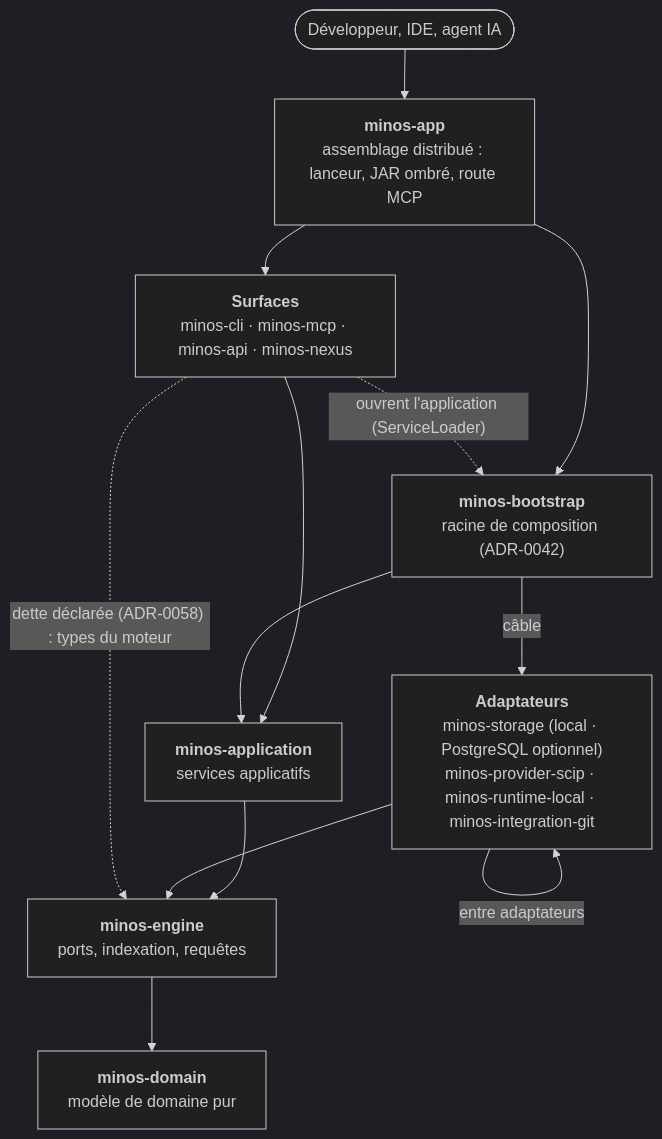
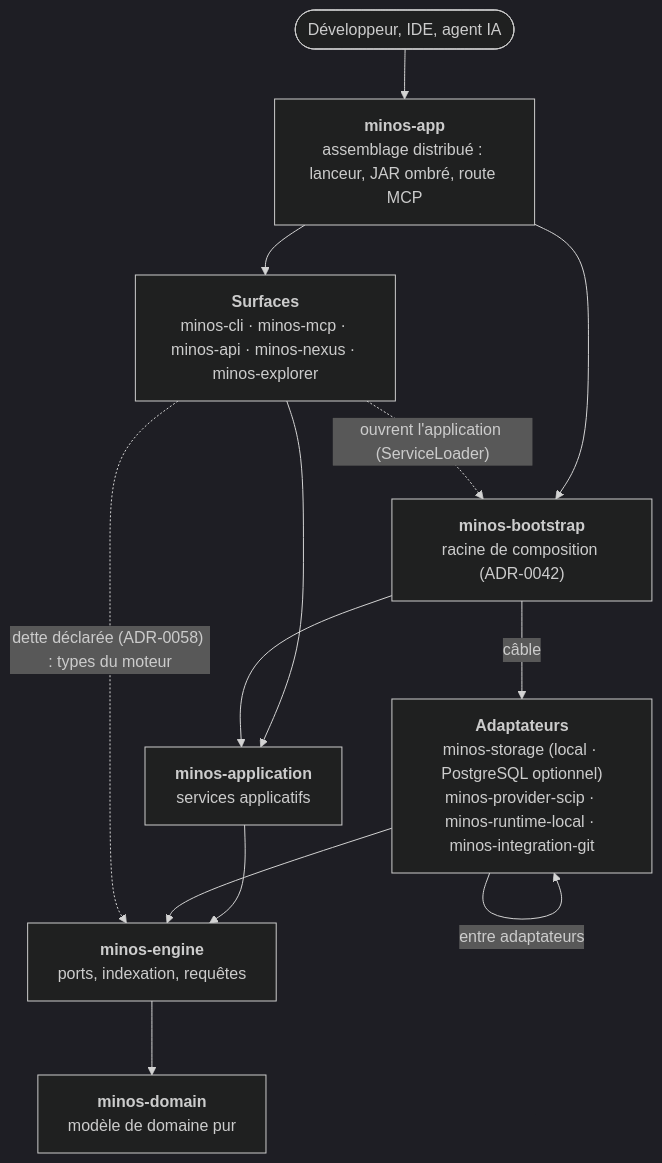
Before and after one commit to FTurleque/minos-code-intelligence: the first of 2 diagrams in docs/architecture/arc42/05-vue-blocs.md, drawn with Mermaid (dark theme). The commit also changed other lines of this file and 19 other files, not shown here.

First line of the commit message:
feat(explorer): déclarer le module minos-explorer dans le reactor

````diff
--- a/docs/architecture/arc42/05-vue-blocs.md
+++ b/docs/architecture/arc42/05-vue-blocs.md
@@ -14,24 +14,24 @@
 ```mermaid
 flowchart TB
     clients(["Développeur, IDE, agent IA"])
     app["<b>minos-app</b><br/>assemblage distribué : lanceur, JAR ombré, route MCP"]
-    surfaces["<b>Surfaces</b><br/>minos-cli · minos-mcp · minos-api · minos-nexus"]
+    surfaces["<b>Surfaces</b><br/>minos-cli · minos-mcp · minos-api · minos-nexus · minos-explorer"]
     bootstrap["<b>minos-bootstrap</b><br/>racine de composition (ADR-0042)"]
     application["<b>minos-application</b><br/>services applicatifs"]
     adapters["<b>Adaptateurs</b><br/>minos-storage (local · PostgreSQL optionnel)<br/>minos-provider-scip · minos-runtime-local · minos-integration-git"]
     engine["<b>minos-engine</b><br/>ports, indexation, requêtes"]
     domain["<b>minos-domain</b><br/>modèle de domaine pur"]
 
     clients --> app
     app --> surfaces
     app --> bootstrap
     surfaces --> application
     surfaces -.->|"ouvrent l'application (ServiceLoader)"| bootstrap
     bootstrap --> application
     bootstrap -->|"câble"| adapters
     application --> engine
     adapters --> engine
     adapters -->|"entre adaptateurs"| adapters
     surfaces -.->|"dette déclarée (ADR-0058) : types du moteur"| engine
     engine --> domain
 ```
````
